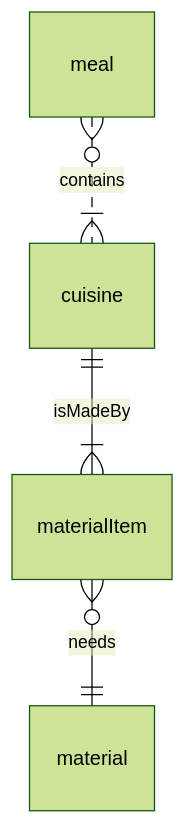
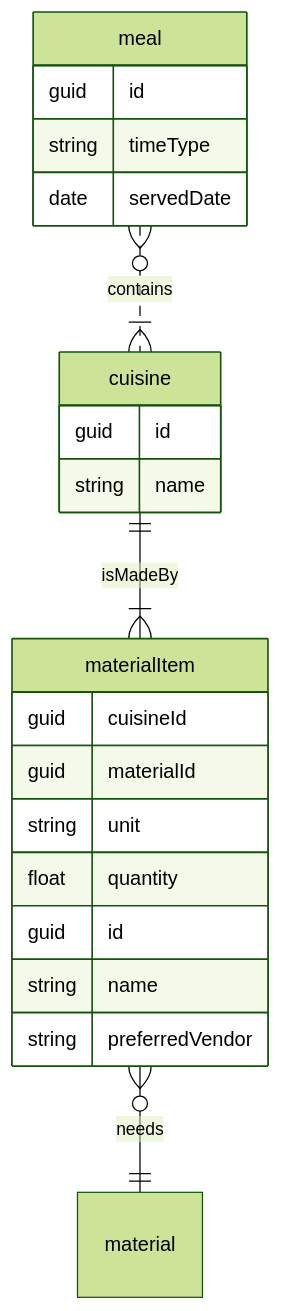
One commit to FabiusChiang/DiffDinner changed the diagram in README.md. Above: the diagram before and after it, drawn with Mermaid (forest theme).

Commit message:
initialize the MD file

````diff
--- a/README.md
+++ b/README.md
@@ -6,6 +6,27 @@
 ```mermaid
 erDiagram
     cuisine ||--|{ materialItem : isMadeBy
     materialItem }o--|| material  : needs
     meal }o..|{ cuisine : contains
+
+    meal {
+        guid id
+        string timeType
+        date servedDate
+    }
+    cuisine {
+        guid id
+        string name
+    }
+    materialItem {
+        guid cuisineId
+        guid materialId
+        string unit
+        float quantity
+    }
+    materialItem {
+        guid id
+        string name
+        string preferredVendor
+    }
 ```
````
